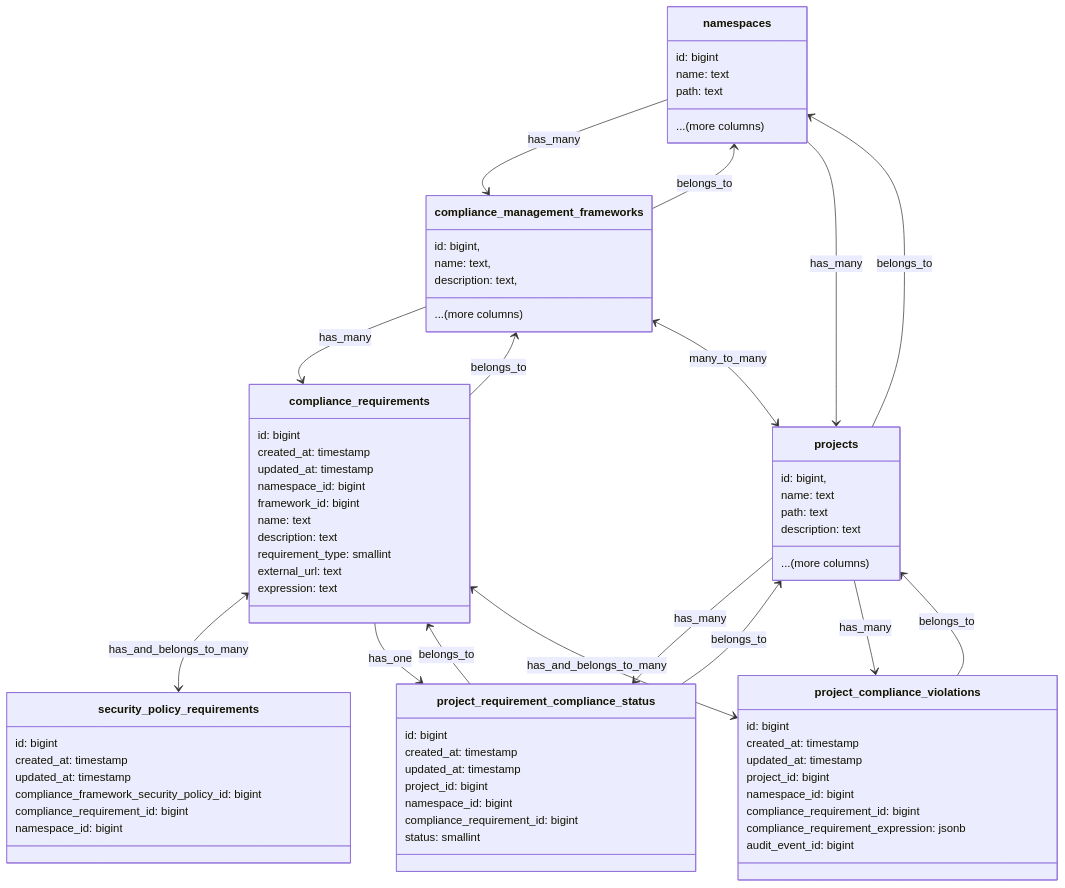
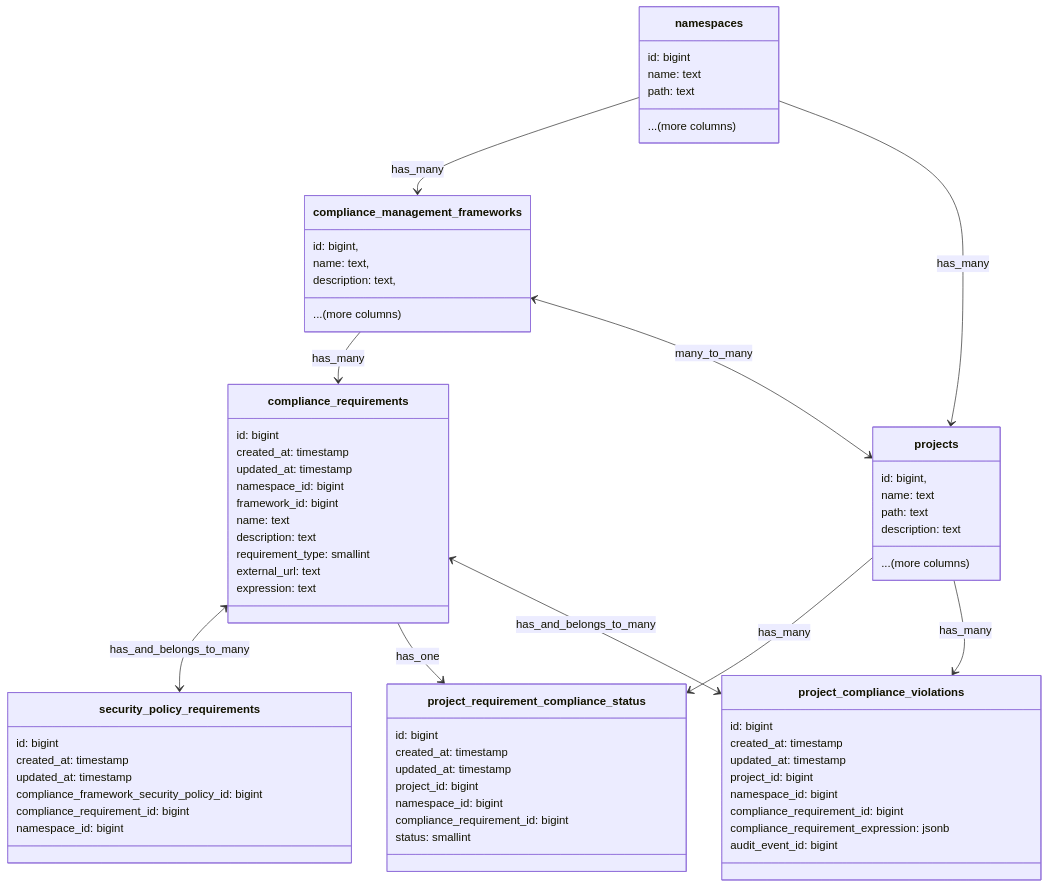
One commit to zalyoung/gitlab-handbook changed the first of 4 diagrams in content/handbook/engineering/architecture/design-documents/compliance-adherence-reporting/_index.md. Above: the diagram before and after it, drawn with Mermaid. The commit also changed 2 other files, not shown here.

Commit message:
Remove unnecessary belongs_to

````diff
--- a/content/handbook/engineering/architecture/design-documents/compliance-adherence-reporting/_index.md
+++ b/content/handbook/engineering/architecture/design-documents/compliance-adherence-reporting/_index.md
@@ -160,81 +160,75 @@
 ```mermaid
     classDiagram
     class namespaces {
         id: bigint
         name: text
         path: text
         ...(more columns)
     }
     class projects {
         id: bigint,
         name: text
         path: text
         description: text
         ...(more columns)
     }
     class compliance_management_frameworks {
         id: bigint,
         name: text,
         description: text,
         ...(more columns)
     }
 
     class compliance_requirements {
         id: bigint
         created_at: timestamp
         updated_at: timestamp
         namespace_id: bigint
         framework_id: bigint
         name: text
         description: text
         requirement_type: smallint
         external_url: text
         expression: text
     }
 
     class project_requirement_compliance_status {
         id: bigint
         created_at: timestamp
         updated_at: timestamp
         project_id: bigint
         namespace_id: bigint
         compliance_requirement_id: bigint
         status: smallint
     }
 
     class project_compliance_violations {
         id: bigint
         created_at: timestamp
         updated_at: timestamp
         project_id: bigint
         namespace_id: bigint
         compliance_requirement_id: bigint
         compliance_requirement_expression: jsonb
         audit_event_id: bigint
     }
     
     class security_policy_requirements {
         id: bigint
         created_at: timestamp
         updated_at: timestamp
         compliance_framework_security_policy_id: bigint
         compliance_requirement_id: bigint
         namespace_id: bigint
     }
 
     compliance_management_frameworks --> compliance_requirements : has_many
-    compliance_management_frameworks <-- compliance_requirements : belongs_to
     compliance_management_frameworks <--> projects : many_to_many
     compliance_requirements <--> security_policy_requirements : has_and_belongs_to_many
     projects <-- namespaces : has_many
-    projects --> namespaces : belongs_to
     namespaces --> compliance_management_frameworks : has_many
-    namespaces <-- compliance_management_frameworks : belongs_to
     projects --> project_requirement_compliance_status : has_many
-    projects <-- project_requirement_compliance_status : belongs_to
     projects --> project_compliance_violations : has_many
-    projects <-- project_compliance_violations : belongs_to
     compliance_requirements --> project_requirement_compliance_status : has_one
-    compliance_requirements <-- project_requirement_compliance_status : belongs_to
     compliance_requirements <--> project_compliance_violations : has_and_belongs_to_many
 ```
````
